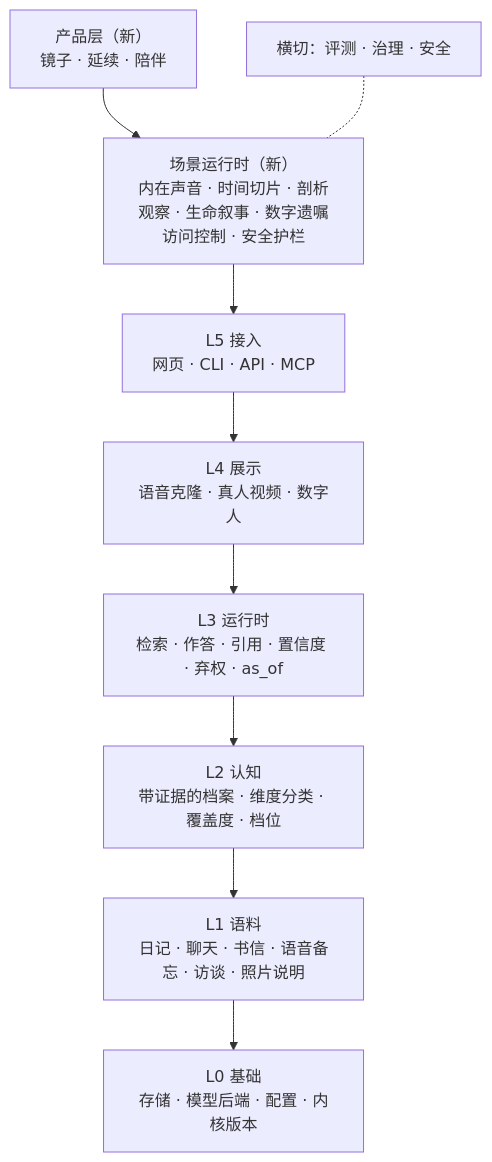
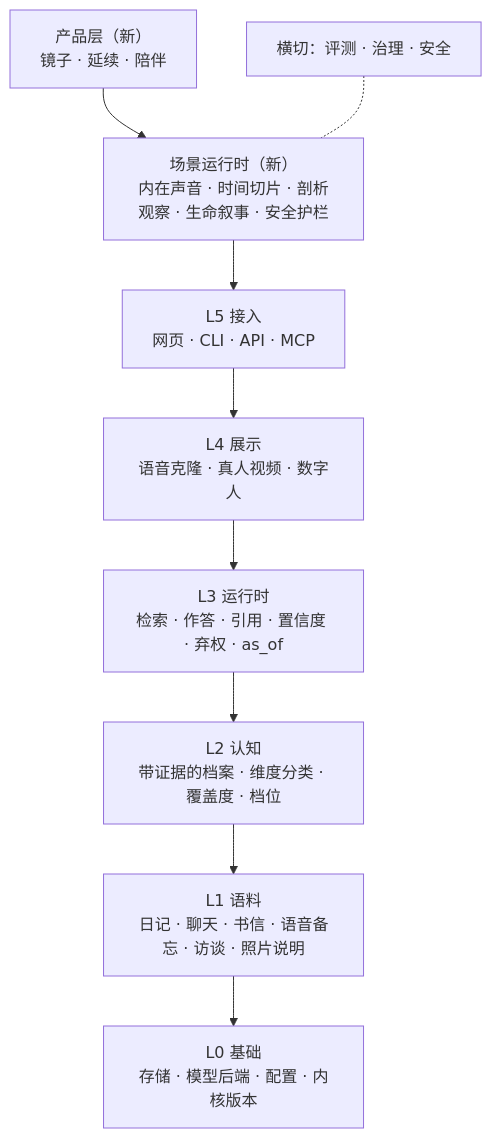
Before and after one commit to seasonsolt/twin: the diagram in docs/PRODUCT_PERSONA_AGENT.md, drawn with Mermaid. The commit also changed other lines of this file and 157 other files, not shown here.

````diff
--- a/docs/PRODUCT_PERSONA_AGENT.md
+++ b/docs/PRODUCT_PERSONA_AGENT.md
@@ -156,13 +153,13 @@
 ```mermaid
 flowchart TB
   P[产品层（新）<br/>镜子 · 延续 · 陪伴]
-  S[场景运行时（新）<br/>内在声音 · 时间切片 · 剖析观察 · 生命叙事 · 数字遗嘱访问控制 · 安全护栏]
+  S[场景运行时（新）<br/>内在声音 · 时间切片 · 剖析观察 · 生命叙事 · 安全护栏]
   L5[L5 接入<br/>网页 · CLI · API · MCP]
   L4[L4 展示<br/>语音克隆 · 真人视频 · 数字人]
   L3[L3 运行时<br/>检索 · 作答 · 引用 · 置信度 · 弃权 · as_of]
   L2[L2 认知<br/>带证据的档案 · 维度分类 · 覆盖度 · 档位]
   L1[L1 语料<br/>日记 · 聊天 · 书信 · 语音备忘 · 访谈 · 照片说明]
   L0[L0 基础<br/>存储 · 模型后端 · 配置 · 内核版本]
   P --> S --> L5 --> L4 --> L3 --> L2 --> L1 --> L0
   X[横切：评测 · 治理 · 安全] -.- S
 ```
````
